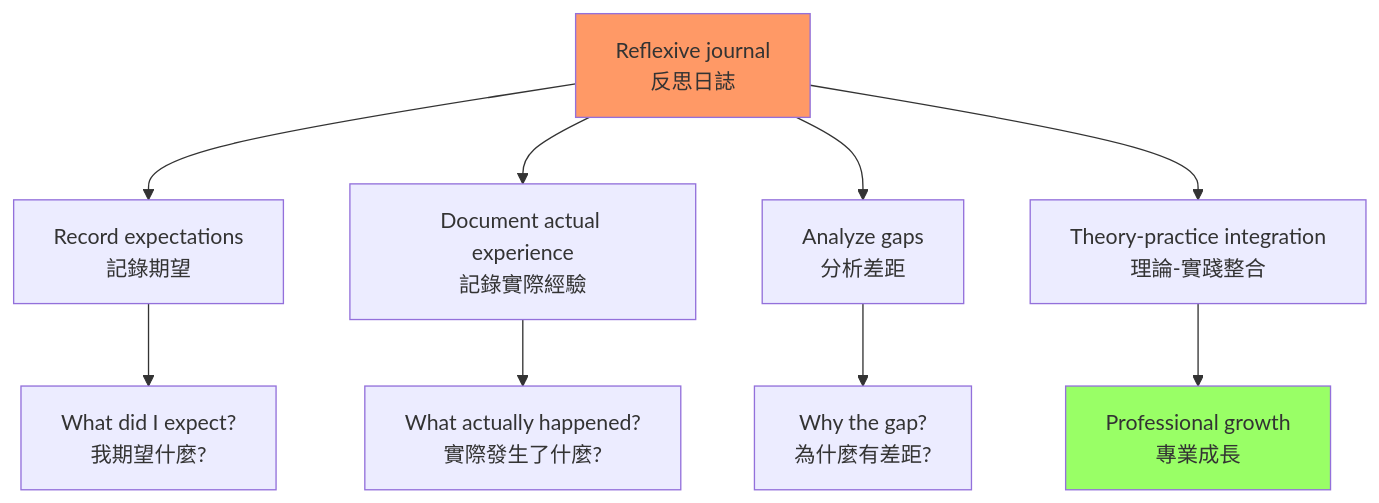
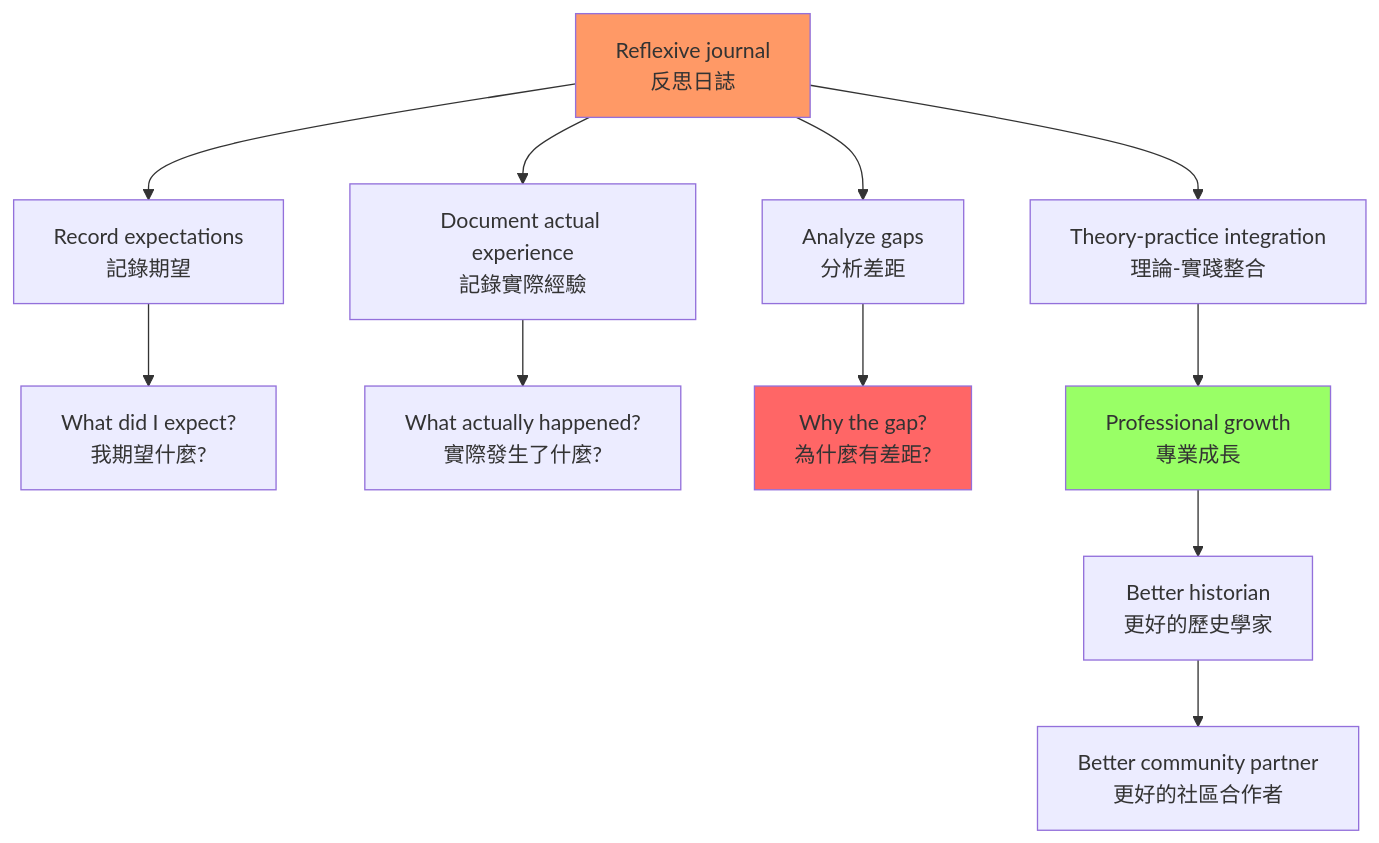
The fifth of 5 diagrams in 01_HKU_Courses/HIST4035_History_Applied_Internship.md (yip-lgtm/HKU-Harvard-History-Self-Study), drawn with Mermaid before and after one commit. The commit also changed other lines of this file and 22 other files, not shown here.

````diff
--- a/01_HKU_Courses/HIST4035_History_Applied_Internship.md
+++ b/01_HKU_Courses/HIST4035_History_Applied_Internship.md
@@ -202,15 +293,19 @@
 ```mermaid
 flowchart TD
     A[Reflexive journal<br/>反思日誌] --> B[Record expectations<br/>記錄期望]
     A --> C[Document actual experience<br/>記錄實際經驗]
     A --> D[Analyze gaps<br/>分析差距]
     A --> E[Theory-practice integration<br/>理論-實踐整合]
     
     B --> F[What did I expect?<br/>我期望什麼?]
     C --> G[What actually happened?<br/>實際發生了什麼?]
     D --> H[Why the gap?<br/>為什麼有差距?]
     E --> I[Professional growth<br/>專業成長]
     
+    I --> I1[Better historian<br/>更好的歷史學家]
+    I1 --> I2[Better community partner<br/>更好的社區合作者]
+    
     style A fill:#f96
     style I fill:#9f6
+    style H fill:#f66
 ```
````
